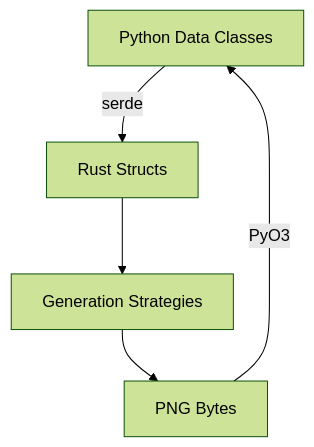
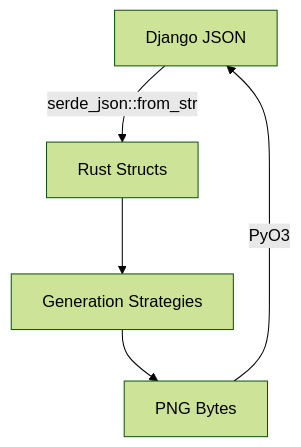
One commit to Code-Barn/iyou_name_rust changed the diagram in PYTHON_INTEGRATION_ROADMAP.md. Above: the diagram before and after it, drawn with Mermaid (forest theme). The commit also changed other lines of this file and 4 other files, not shown here.

````diff
--- a/PYTHON_INTEGRATION_ROADMAP.md
+++ b/PYTHON_INTEGRATION_ROADMAP.md
@@ -57,7 +96,7 @@
-```mermaid
-graph TD
-    A[Python Data Classes] -->|serde| B[Rust Structs]
-    B --> C[Generation Strategies]
-    C --> D[PNG Bytes]
-    D -->|PyO3| A
-```
+   ```mermaid
+   graph TD
+     A[Django JSON] -->|serde_json::from_str| B[Rust Structs]
+     B --> C[Generation Strategies]
+     C --> D[PNG Bytes]
+     D -->|PyO3| A
+   ```
````
